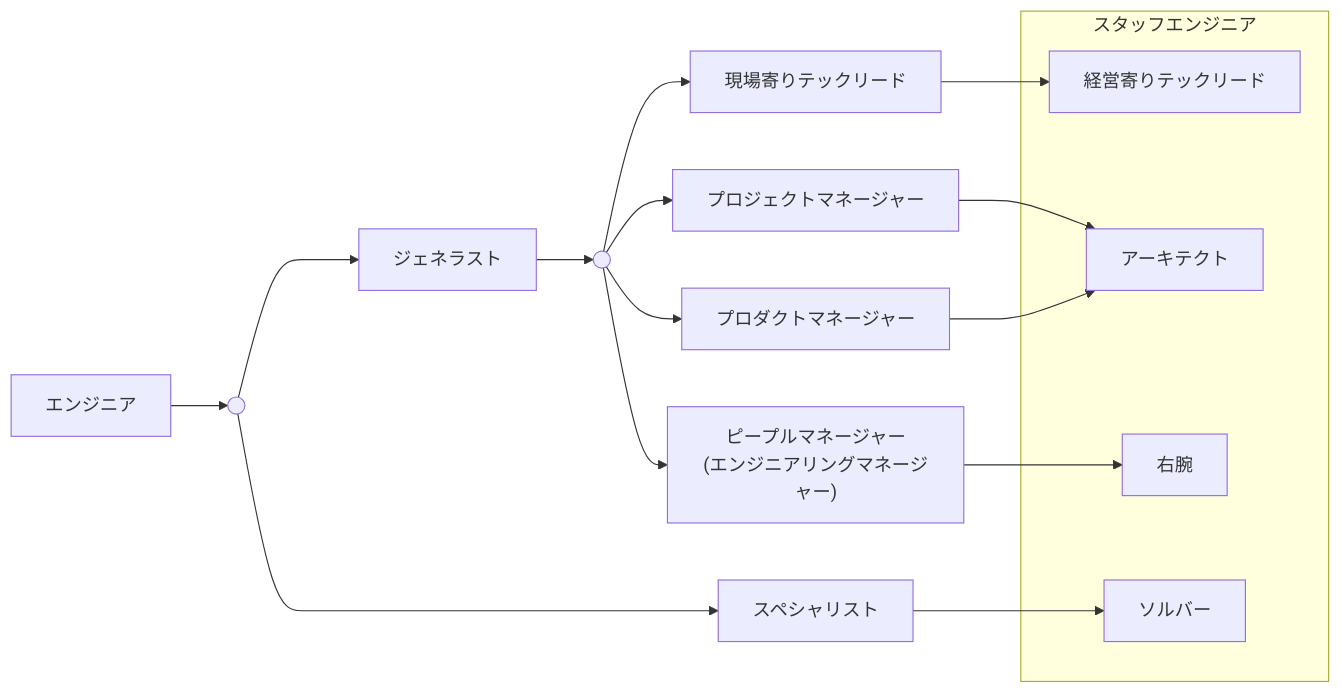
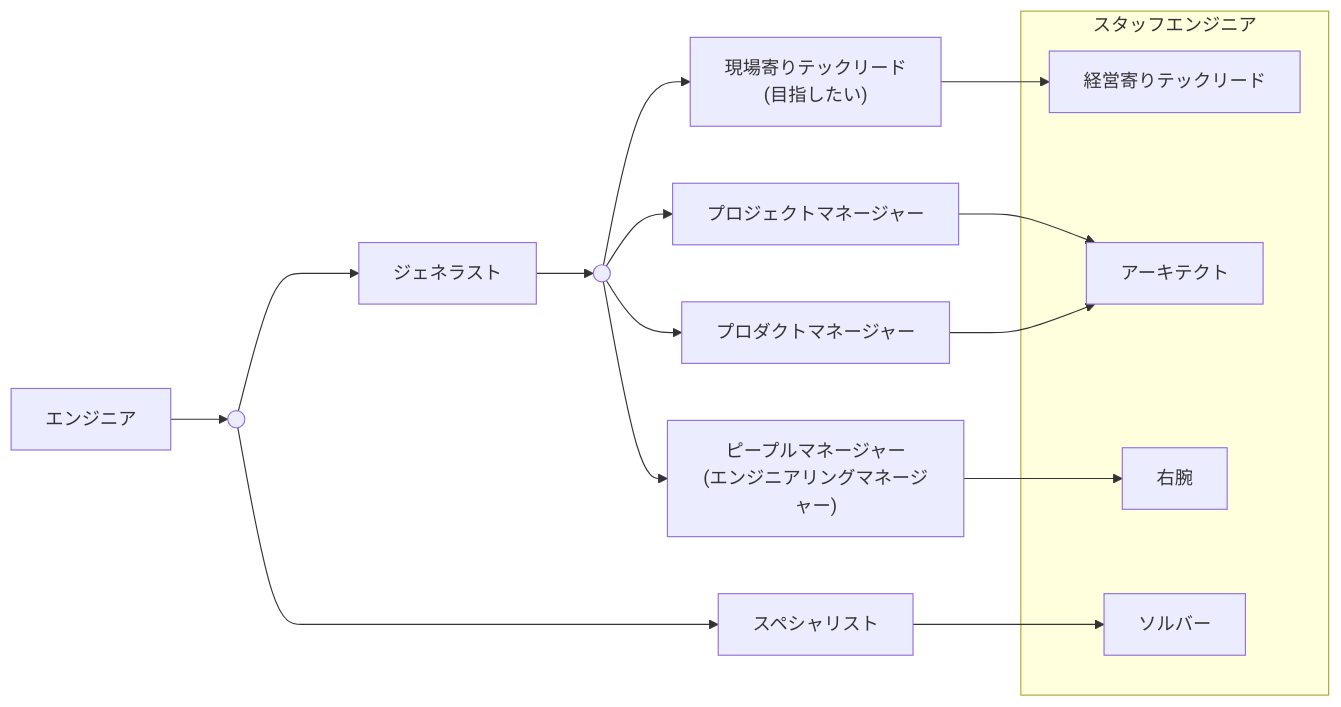
The diagram in docs/software_development_methodology/software_development_organization.md (hiroki-it/tech-notebook), drawn with Mermaid before and after one commit. The commit also changed other lines of this file and 1 other file, not shown here.

````diff
--- a/docs/software_development_methodology/software_development_organization.md
+++ b/docs/software_development_methodology/software_development_organization.md
@@ -89,24 +93,24 @@
 ```mermaid
 flowchart LR
 
     subgraph スタッフエンジニア
         経営寄りテックリード
         アーキテクト
         右腕
         ソルバー
     end
 
     エンジニア --> 基点(( ))
 
     基点 --> スペシャリスト --> ソルバー
     基点 ---> ジェネラスト
     ジェネラスト --> ジェネラストの基点(( ))
-    ジェネラストの基点 --> 現場寄りテックリード
+    ジェネラストの基点 --> 現場寄りテックリード["現場寄りテックリード<br>(目指したい)"]
     現場寄りテックリード --> 経営寄りテックリード
     プロジェクトマネージャー --> アーキテクト
     プロダクトマネージャー --> アーキテクト
     ジェネラストの基点 --> ピープルマネージャー["ピープルマネージャー<br>(エンジニアリングマネージャー)"]
     ピープルマネージャー --> 右腕
     ジェネラストの基点 --> プロジェクトマネージャー
     ジェネラストの基点 --> プロダクトマネージャー
 ```
````
